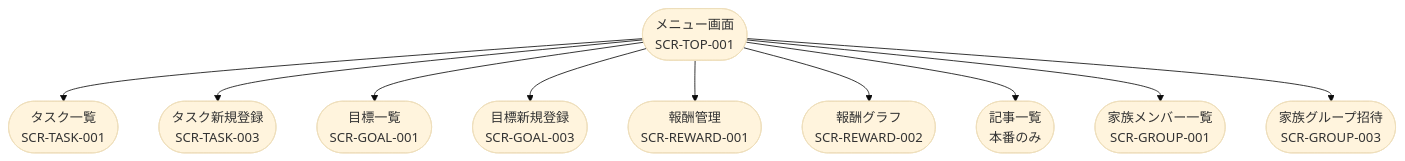
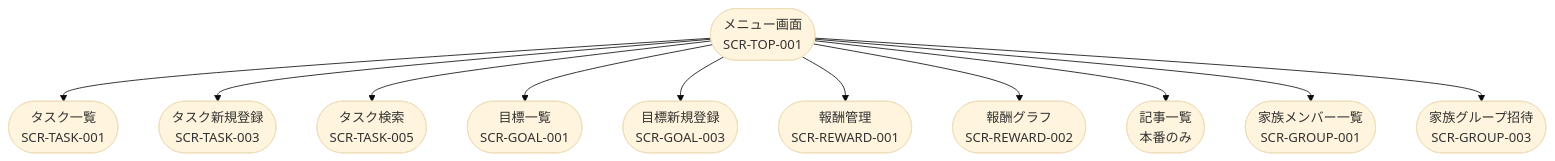
One commit to Masahiro335/fambiz-prototype changed the second of 9 diagrams in docs/design/diagrams/screen-transition.md. Above: the diagram before and after it, drawn with Mermaid (base theme). The commit also changed 1 other file, not shown here.

Commit message:
docs(ui-spec): SCR-TOP-001 メニュー画面タスクセクションにタスク検索を追加

````diff
--- a/docs/design/diagrams/screen-transition.md
+++ b/docs/design/diagrams/screen-transition.md
@@ -30,14 +30,15 @@
 ```mermaid
 flowchart TD
     TOP([メニュー画面\nSCR-TOP-001])
 
     TOP --> T1([タスク一覧\nSCR-TASK-001])
     TOP --> T2([タスク新規登録\nSCR-TASK-003])
+    TOP --> TS([タスク検索\nSCR-TASK-005])
     TOP --> G1([目標一覧\nSCR-GOAL-001])
     TOP --> G2([目標新規登録\nSCR-GOAL-003])
     TOP --> R1([報酬管理\nSCR-REWARD-001])
     TOP --> R2([報酬グラフ\nSCR-REWARD-002])
     TOP --> A1([記事一覧\n本番のみ])
     TOP --> F1([家族メンバー一覧\nSCR-GROUP-001])
     TOP --> F3([家族グループ招待\nSCR-GROUP-003])
 ```
````
